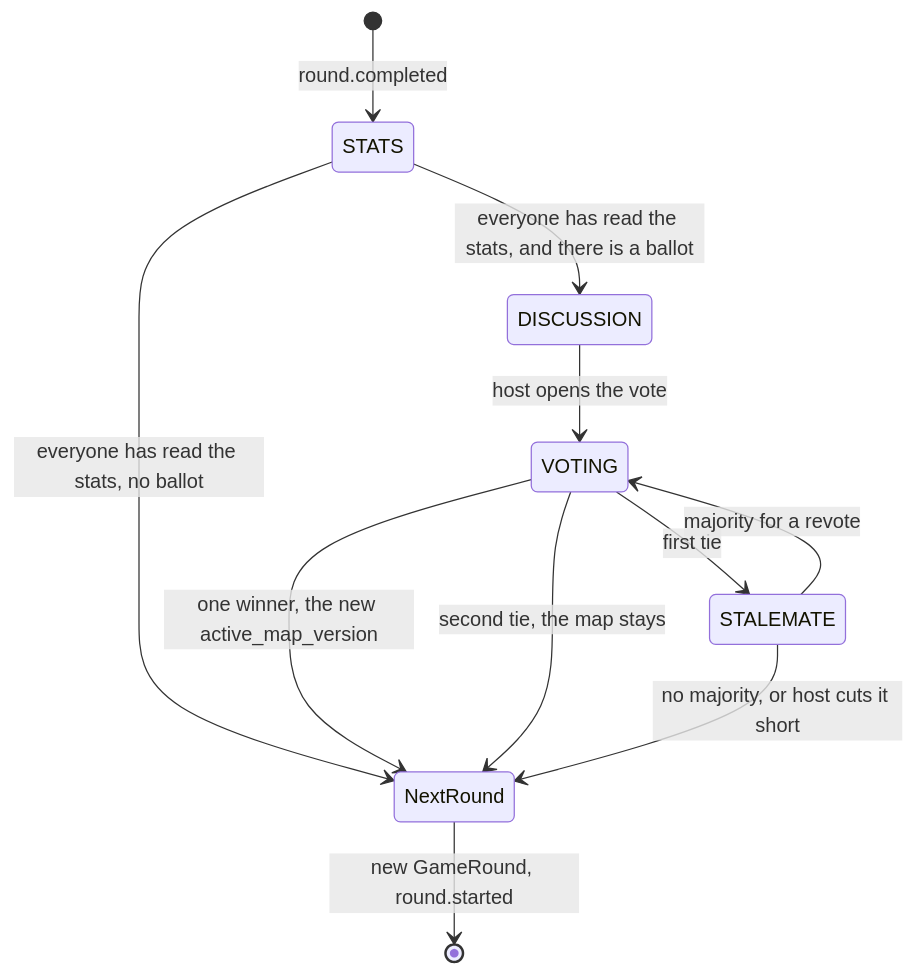
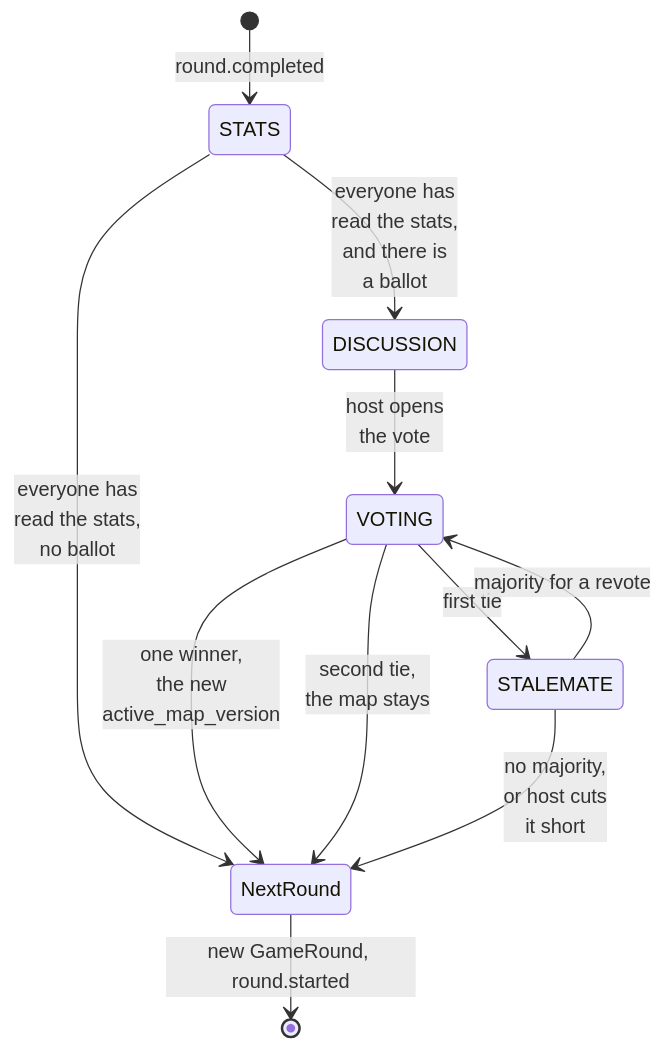
One commit to luke-hirsch/co2mmute changed the tenth of 12 diagrams in docs/en-flowcharts.md. Above: the diagram before and after it, drawn with Mermaid. The commit also changed other lines of this file and 6 other files, not shown here.

Commit message:
ablaufdiagramme: 1, 4, 6, 8 und 10 schmaler gezeichnet (umbruchbreite, eine spalte, kürzere kantentexte), de und en gleich

````diff
--- a/docs/en-flowcharts.md
+++ b/docs/en-flowcharts.md
@@ -358,13 +367,14 @@
 ```mermaid
+%%{init: {"flowchart": {"wrappingWidth": 170, "nodeSpacing": 20, "rankSpacing": 36, "padding": 10}}}%%
 stateDiagram-v2
     [*] --> STATS: round.completed
-    STATS --> DISCUSSION: everyone has read the stats, and there is a ballot
-    STATS --> NextRound: everyone has read the stats, no ballot
-    DISCUSSION --> VOTING: host opens the vote
-    VOTING --> NextRound: one winner, the new active_map_version
+    STATS --> DISCUSSION: everyone has<br>read the stats,<br>and there is<br>a ballot
+    STATS --> NextRound: everyone has<br>read the stats,<br>no ballot
+    DISCUSSION --> VOTING: host opens<br>the vote
+    VOTING --> NextRound: one winner,<br>the new<br>active_map_version
     VOTING --> STALEMATE: first tie
-    VOTING --> NextRound: second tie, the map stays
+    VOTING --> NextRound: second tie,<br>the map stays
     STALEMATE --> VOTING: majority for a revote
-    STALEMATE --> NextRound: no majority, or host cuts it short
+    STALEMATE --> NextRound: no majority,<br>or host cuts<br>it short
     NextRound --> [*]: new GameRound, round.started
 ```
````
